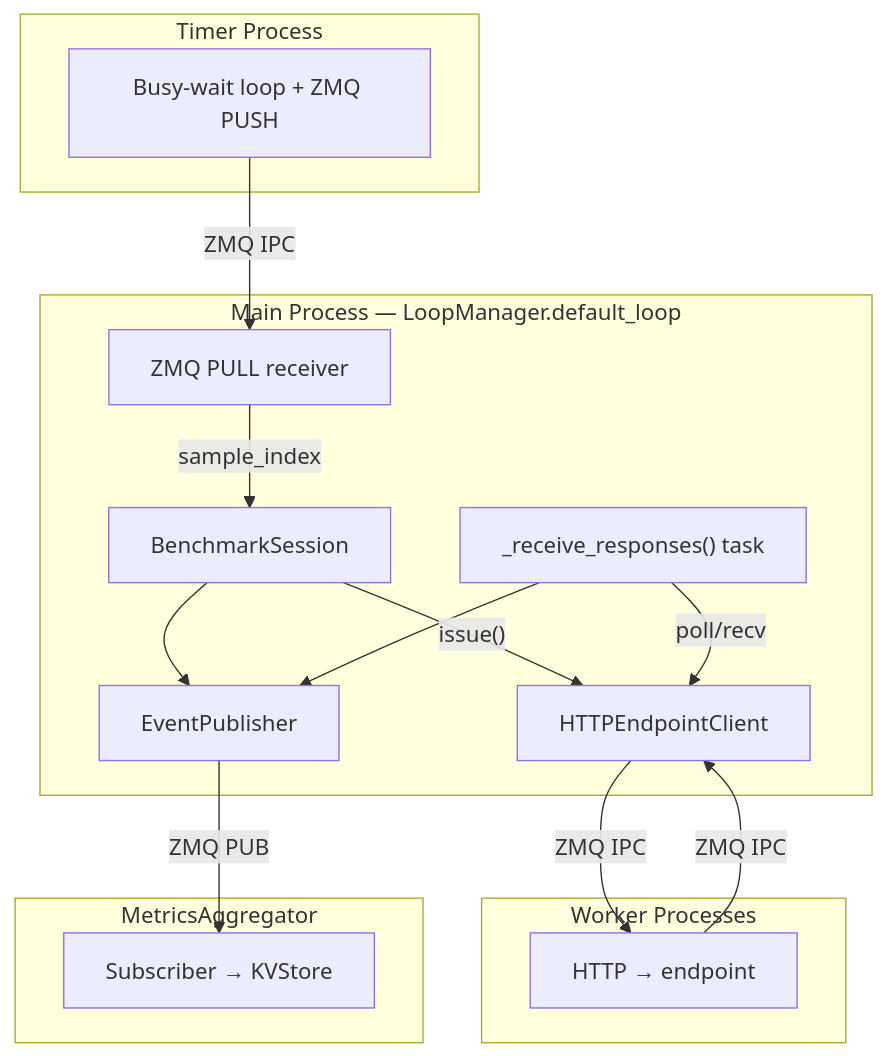
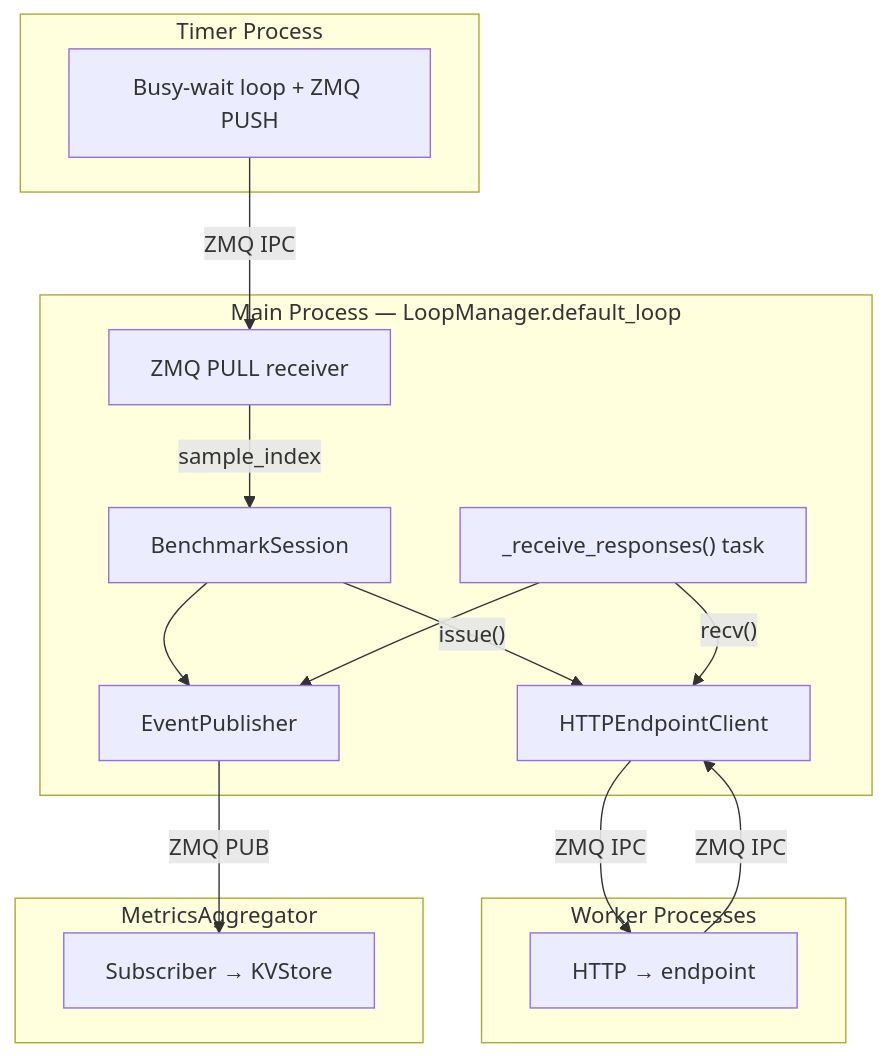
The fifth of 5 diagrams in docs/load_generator/DESIGN.md (mlcommons/endpoints), drawn with Mermaid before and after one commit. The commit also changed other lines of this file and 13 other files, not shown here.

````diff
--- a/docs/load_generator/DESIGN.md
+++ b/docs/load_generator/DESIGN.md
@@ -628,32 +636,32 @@
 ```mermaid
 graph TD
     subgraph "Timer Process"
         T["Busy-wait loop + ZMQ PUSH"]
     end
 
     subgraph "Main Process — LoopManager.default_loop"
         R["ZMQ PULL receiver"]
         A["BenchmarkSession"]
         C["_receive_responses() task"]
         D["EventPublisher"]
         E["HTTPEndpointClient"]
 
         R -->|"sample_index"| A
         A -->|"issue()"| E
-        C -->|"poll/recv"| E
+        C -->|"recv()"| E
         A --> D
         C --> D
     end
 
     subgraph "Worker Processes"
         W["HTTP → endpoint"]
     end
     subgraph "MetricsAggregator"
         MA["Subscriber → KVStore"]
     end
 
     T -->|"ZMQ IPC"| R
     E -->|"ZMQ IPC"| W
     W -->|"ZMQ IPC"| E
     D -->|"ZMQ PUB"| MA
 ```
````
